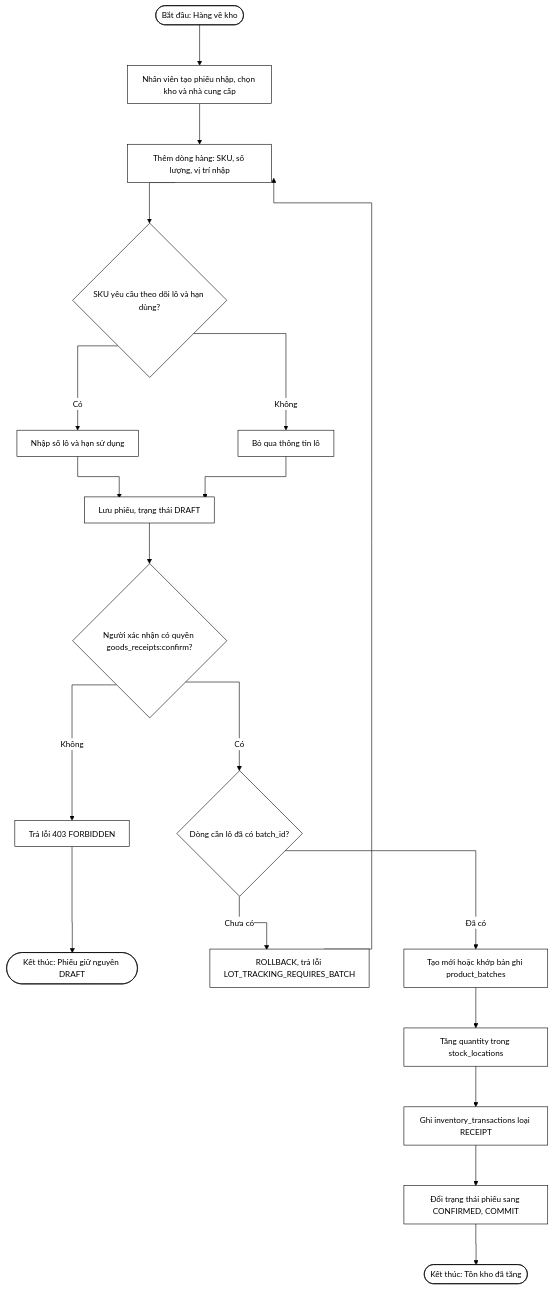
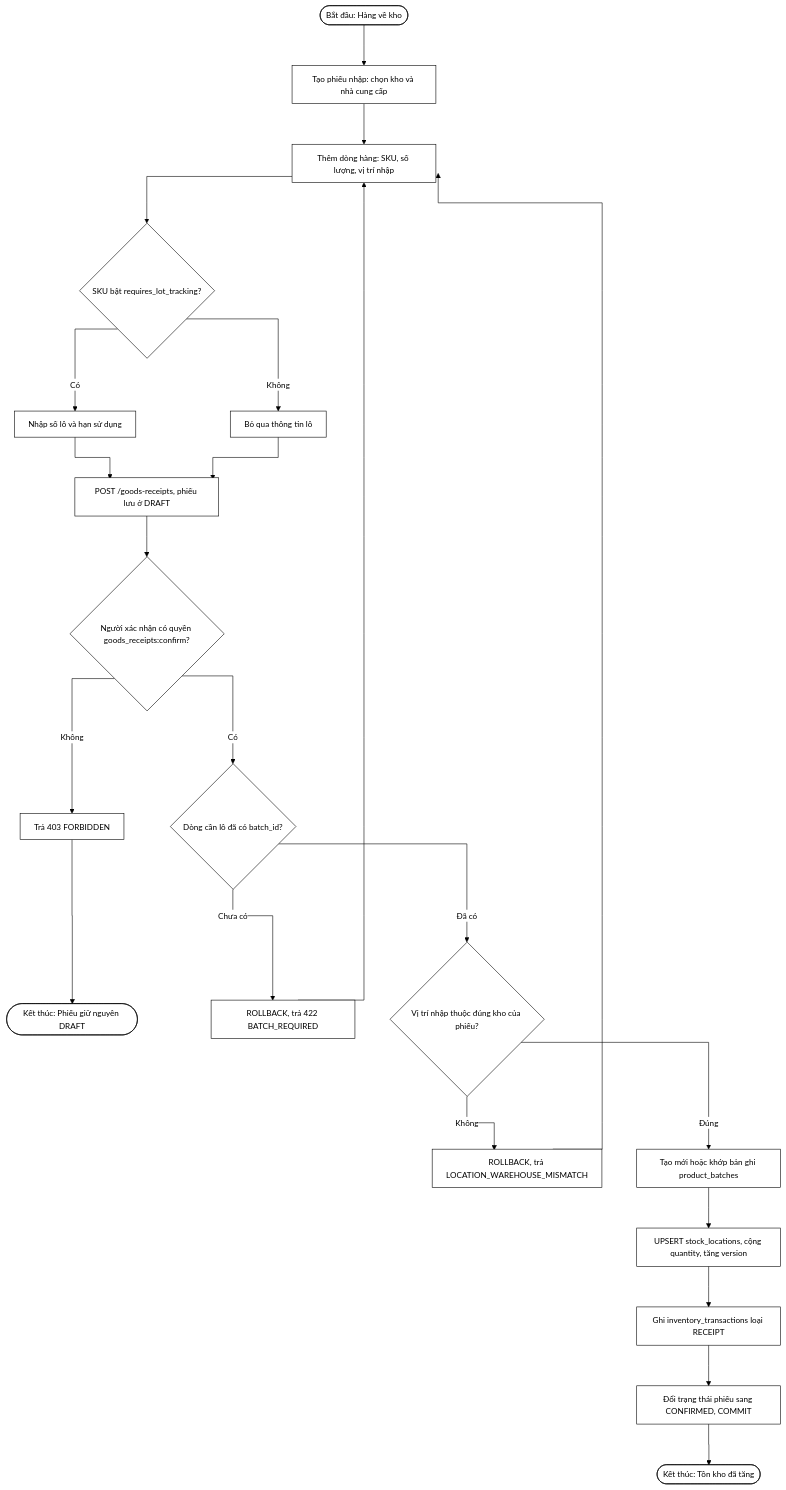
Before and after one commit to nguyenthihongnhu-dotcom/luanvan2026: the diagram in docs/diagrams/02_2-4-1_1-quy-trinh-nhap-kho-goods-receipt_flow.mmd, drawn with Mermaid. The commit also changed 139 other files, not shown here.

Commit message:
new diagram

```diff
--- a/docs/diagrams/02_2-4-1_1-quy-trinh-nhap-kho-goods-receipt_flow.mmd
+++ b/docs/diagrams/02_2-4-1_1-quy-trinh-nhap-kho-goods-receipt_flow.mmd
@@ -1,42 +1,45 @@
 %%{init: {
   'theme': 'base',
   'themeVariables': {
     'primaryColor': '#ffffff',
     'primaryBorderColor': '#000000',
     'primaryTextColor': '#000000',
     'secondaryColor': '#ffffff',
     'secondaryBorderColor': '#000000',
     'secondaryTextColor': '#000000',
     'tertiaryColor': '#ffffff',
     'tertiaryBorderColor': '#000000',
     'tertiaryTextColor': '#000000',
     'lineColor': '#000000',
     'textColor': '#000000',
     'mainBkg': '#ffffff',
     'nodeBorder': '#000000',
     'clusterBkg': '#ffffff',
     'clusterBorder': '#000000',
     'edgeLabelBackground': '#ffffff',
     'fontSize': '14px'
   },
   'flowchart': { 'curve': 'stepAfter', 'nodeSpacing': 60, 'rankSpacing': 70, 'padding': 12, 'useMaxWidth': false }
 }}%%
 flowchart TD
-    Start(["Bắt đầu: Hàng về kho"]) --> S1["Nhân viên tạo phiếu nhập, chọn kho và nhà cung cấp"]
+    Start(["Bắt đầu: Hàng về kho"]) --> S1["Tạo phiếu nhập: chọn kho và nhà cung cấp"]
     S1 --> S2["Thêm dòng hàng: SKU, số lượng, vị trí nhập"]
-    S2 --> S3{"SKU yêu cầu theo dõi lô và hạn dùng?"}
+    S2 --> S3{"SKU bật requires_lot_tracking?"}
     S3 -->|Có| S4["Nhập số lô và hạn sử dụng"]
     S3 -->|Không| S5["Bỏ qua thông tin lô"]
-    S4 --> S6["Lưu phiếu, trạng thái DRAFT"]
+    S4 --> S6["POST /goods-receipts, phiếu lưu ở DRAFT"]
     S5 --> S6
     S6 --> S7{"Người xác nhận có quyền goods_receipts:confirm?"}
-    S7 -->|Không| S8["Trả lỗi 403 FORBIDDEN"]
+    S7 -->|Không| S8["Trả 403 FORBIDDEN"]
     S8 --> End1(["Kết thúc: Phiếu giữ nguyên DRAFT"])
     S7 -->|Có| S9{"Dòng cần lô đã có batch_id?"}
-    S9 -->|Chưa có| S10["ROLLBACK, trả lỗi LOT_TRACKING_REQUIRES_BATCH"]
+    S9 -->|Chưa có| S10["ROLLBACK, trả 422 BATCH_REQUIRED"]
     S10 --> S2
-    S9 -->|Đã có| S11["Tạo mới hoặc khớp bản ghi product_batches"]
-    S11 --> S12["Tăng quantity trong stock_locations"]
-    S12 --> S13["Ghi inventory_transactions loại RECEIPT"]
-    S13 --> S14["Đổi trạng thái phiếu sang CONFIRMED, COMMIT"]
-    S14 --> End2(["Kết thúc: Tồn kho đã tăng"])
+    S9 -->|Đã có| S11{"Vị trí nhập thuộc đúng kho của phiếu?"}
+    S11 -->|Không| S12["ROLLBACK, trả LOCATION_WAREHOUSE_MISMATCH"]
+    S12 --> S2
+    S11 -->|Đúng| S13["Tạo mới hoặc khớp bản ghi product_batches"]
+    S13 --> S14["UPSERT stock_locations, cộng quantity, tăng version"]
+    S14 --> S15["Ghi inventory_transactions loại RECEIPT"]
+    S15 --> S16["Đổi trạng thái phiếu sang CONFIRMED, COMMIT"]
+    S16 --> End2(["Kết thúc: Tồn kho đã tăng"])
```
